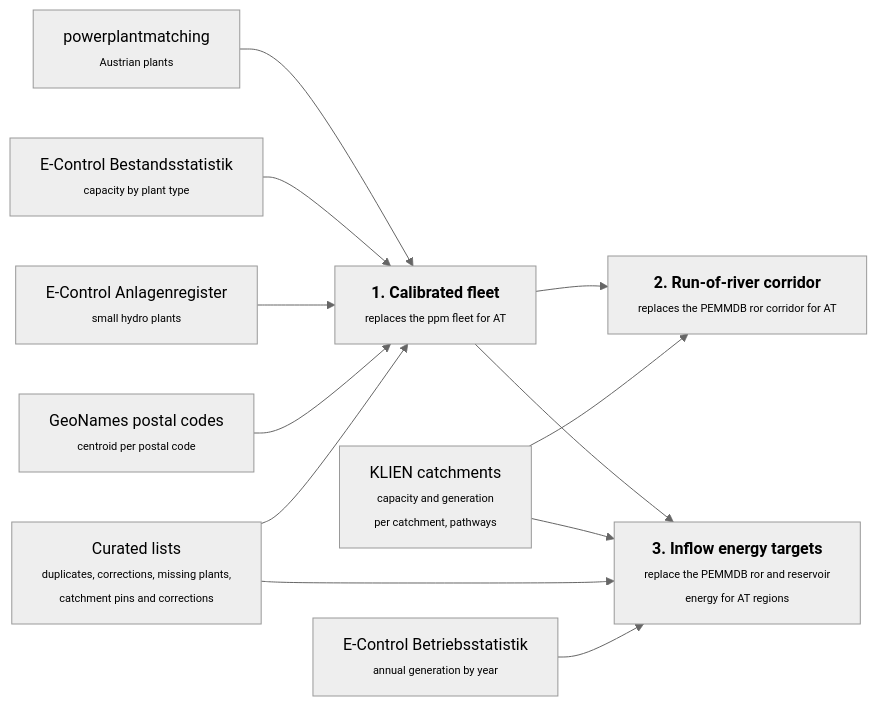
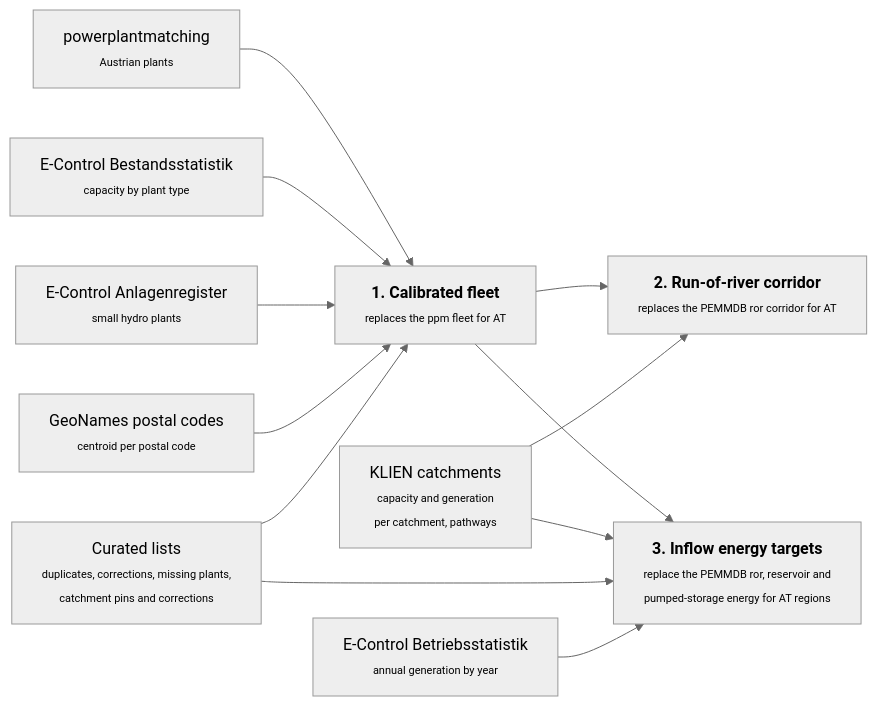
The second of 2 diagrams in docs-at/explanations/hydro-capacity-trajectories.md (AGGM-AG/pypsa-at), drawn with Mermaid (neutral theme) before and after one commit. The commit also changed other lines of this file and 10 other files, not shown here.

````diff
--- a/docs-at/explanations/hydro-capacity-trajectories.md
+++ b/docs-at/explanations/hydro-capacity-trajectories.md
@@ -85,24 +85,24 @@
 ```mermaid
 flowchart LR
     PPM["powerplantmatching<br/><span style='font-size:11px'>Austrian plants</span>"]
     ECB["E-Control Bestandsstatistik<br/><span style='font-size:11px'>capacity by plant type</span>"]
     REG["E-Control Anlagenregister<br/><span style='font-size:11px'>small hydro plants</span>"]
     CUR["Curated lists<br/><span style='font-size:11px'>duplicates, corrections, missing plants,<br/>catchment pins and corrections</span>"]
     GEO["GeoNames postal codes<br/><span style='font-size:11px'>centroid per postal code</span>"]
     KLC["KLIEN catchments<br/><span style='font-size:11px'>capacity and generation<br/>per catchment, pathways</span>"]
     ECJ["E-Control Betriebsstatistik<br/><span style='font-size:11px'>annual generation by year</span>"]
     FLT["<b>1. Calibrated fleet</b><br/><span style='font-size:11px'>replaces the ppm fleet for AT</span>"]
     COR["<b>2. Run-of-river corridor</b><br/><span style='font-size:11px'>replaces the PEMMDB ror corridor for AT</span>"]
-    TGT["<b>3. Inflow energy targets</b><br/><span style='font-size:11px'>replace the PEMMDB ror and reservoir<br/>energy for AT regions</span>"]
+    TGT["<b>3. Inflow energy targets</b><br/><span style='font-size:11px'>replace the PEMMDB ror, reservoir and<br/>pumped-storage energy for AT regions</span>"]
     PPM --> FLT
     ECB --> FLT
     REG --> FLT
     GEO --> FLT
     CUR --> FLT
     FLT --> COR
     KLC --> COR
     FLT --> TGT
     KLC --> TGT
     CUR --> TGT
     ECJ --> TGT
 ```
````
